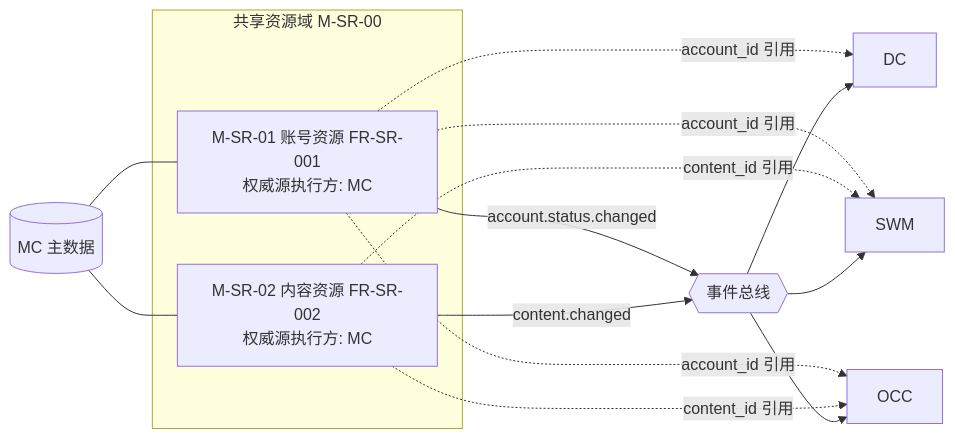
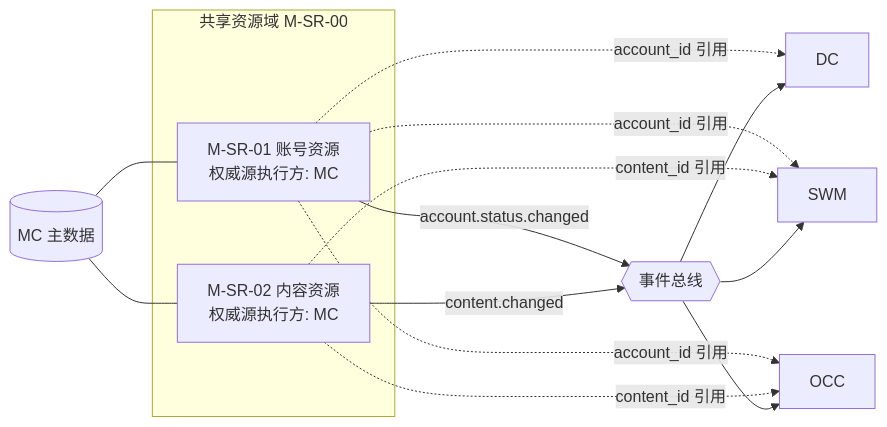
One commit to Sj-g/obsidian changed diagram 13 of 13 in 公司项目/认知作战/文档/软件概要设计说明.md. Above: the diagram before and after it, drawn with Mermaid. The commit also changed other lines of this file and 1 other file, not shown here.

````diff
--- a/公司项目/认知作战/文档/软件概要设计说明.md
+++ b/公司项目/认知作战/文档/软件概要设计说明.md
@@ -557,13 +557,13 @@
 ```mermaid
 flowchart LR
     subgraph SR["共享资源域 M-SR-00"]
-        SR1["M-SR-01 账号资源 FR-SR-001<br/>权威源执行方: MC"]
-        SR2["M-SR-02 内容资源 FR-SR-002<br/>权威源执行方: MC"]
+        SR1["M-SR-01 账号资源<br/>权威源执行方: MC"]
+        SR2["M-SR-02 内容资源<br/>权威源执行方: MC"]
     end
     MC[("MC 主数据")] --- SR1 & SR2
     SR1 -.->|"account_id 引用"| DC & SWM & OCC
     SR2 -.->|"content_id 引用"| SWM & OCC
     SR1 -->|"account.status.changed"| BUS{{"事件总线"}}
     SR2 -->|"content.changed"| BUS
     BUS --> DC & SWM & OCC
 ```
````
